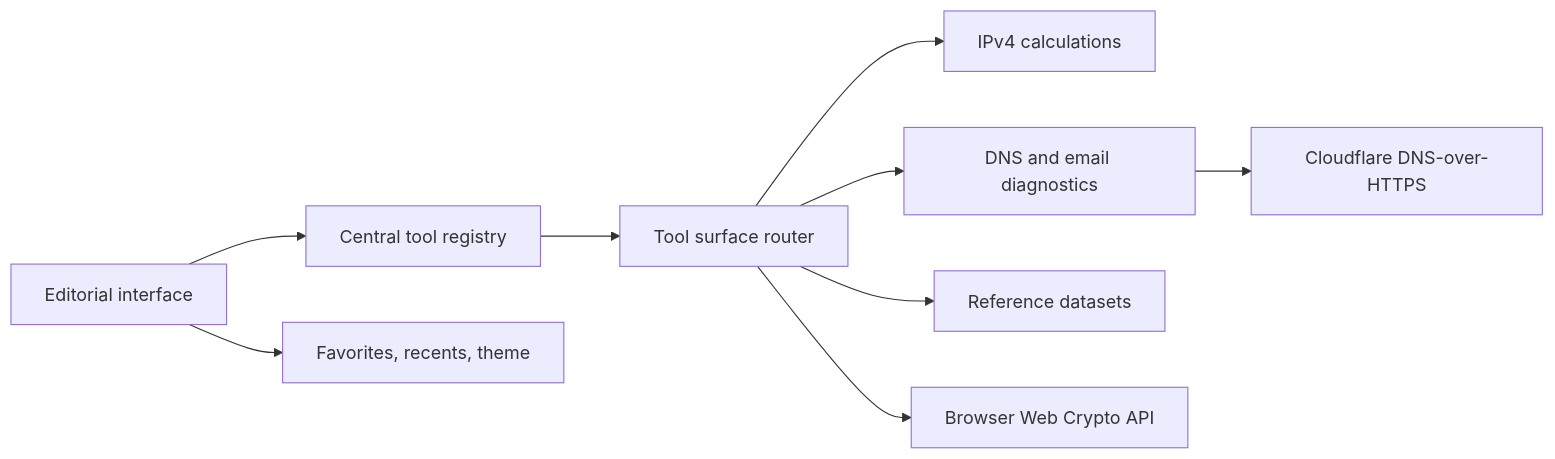
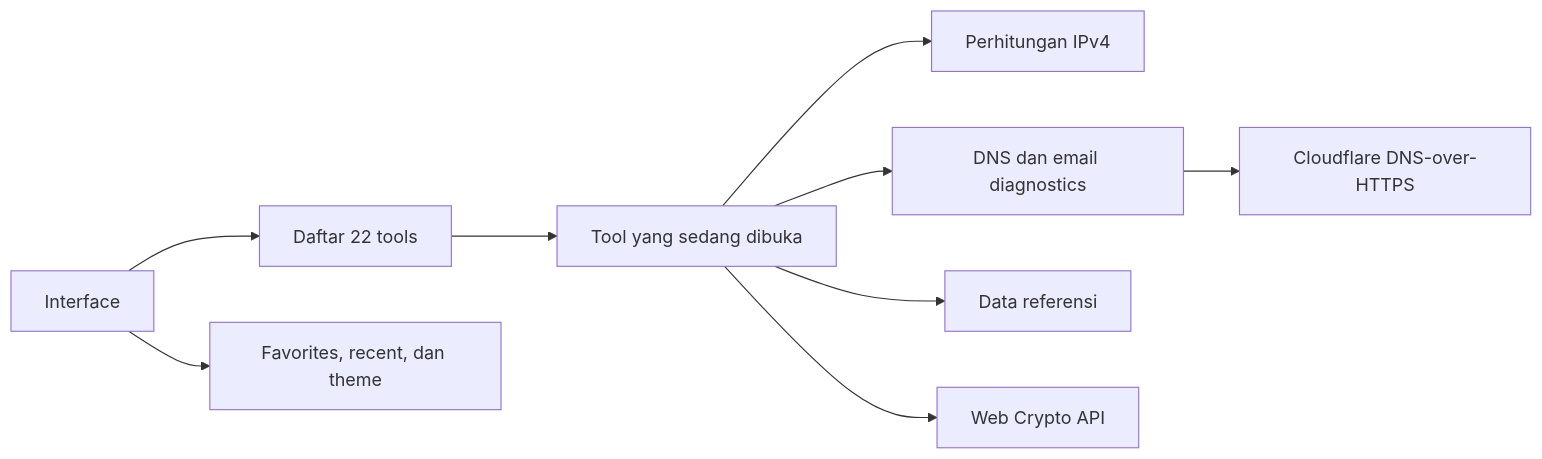
The diagram in README.md (0x000TheNULL/Net-Tools), drawn with Mermaid before and after one commit. The commit also changed other lines of this file, not shown here.

````diff
--- a/README.md
+++ b/README.md
@@ -125,11 +138,11 @@
 ```mermaid
 flowchart LR
-    UI[Editorial interface] --> Registry[Central tool registry]
-    Registry --> Surface[Tool surface router]
-    Surface --> Network[IPv4 calculations]
-    Surface --> DNS[DNS and email diagnostics]
-    Surface --> Reference[Reference datasets]
-    Surface --> Crypto[Browser Web Crypto API]
+    UI[Interface] --> Registry[Daftar 22 tools]
+    Registry --> Surface[Tool yang sedang dibuka]
+    Surface --> Network[Perhitungan IPv4]
+    Surface --> DNS[DNS dan email diagnostics]
+    Surface --> Reference[Data referensi]
+    Surface --> Crypto[Web Crypto API]
     DNS --> DoH[Cloudflare DNS-over-HTTPS]
-    UI --> LocalStorage[Favorites, recents, theme]
+    UI --> LocalStorage[Favorites, recent, dan theme]
 ```
````
